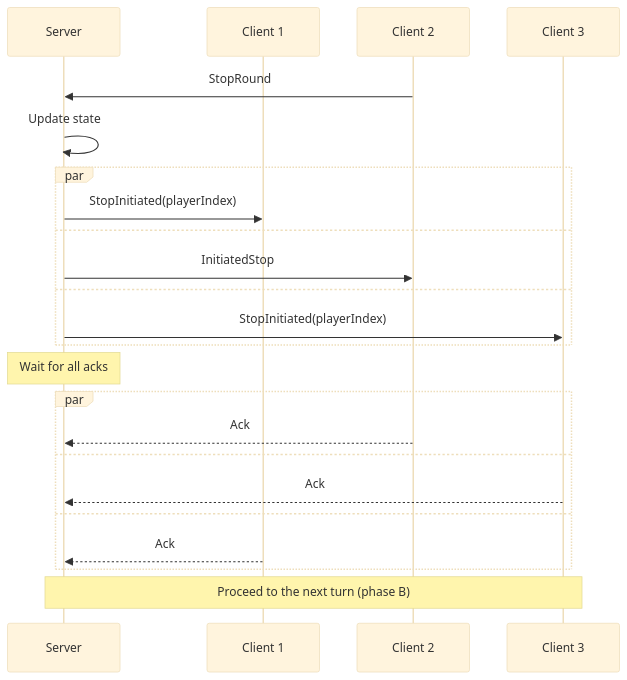
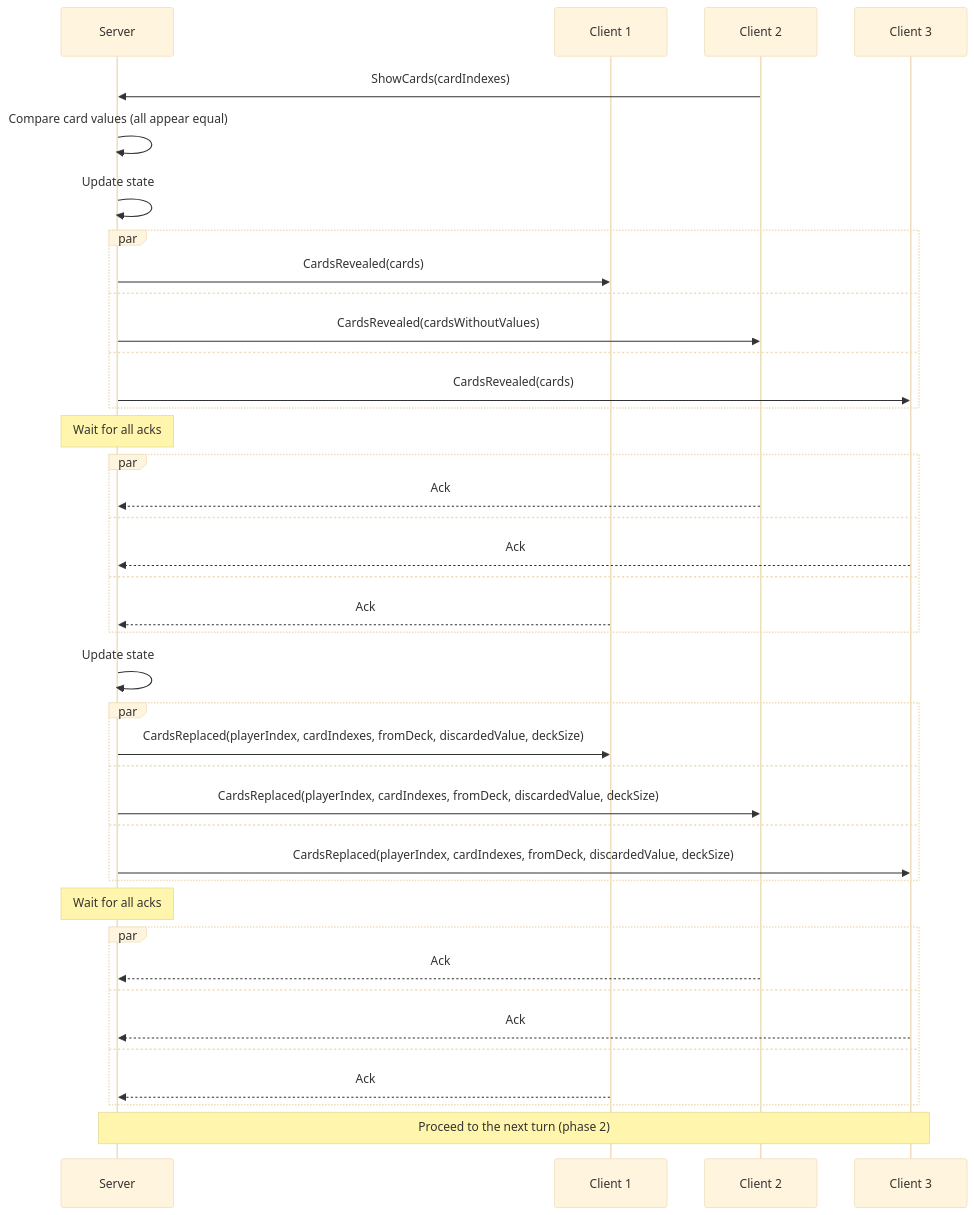
One commit to roman-zubarevich/another changed the eighth of 15 diagrams in README.md. Above: the diagram before and after it, drawn with Mermaid (base theme). The commit also changed other lines of this file, not shown here.

````diff
--- a/README.md
+++ b/README.md
@@ -225,25 +217,42 @@
 ```mermaid
 sequenceDiagram
     participant S as Server
     participant C1 as Client 1
     participant C2 as Client 2
     participant C3 as Client 3
-    C2->>S: StopRound
+    C2->>S: ShowCards(cardIndexes)
+    S->>S: Compare card values (all appear equal)
     S->>S: Update state
     par
-        S->>C1: StopInitiated(playerIndex)
+        S->>C1: CardsRevealed(cards)
     and
-        S->>C2: InitiatedStop
+        S->>C2: CardsRevealed(cardsWithoutValues)
     and
-        S->>C3: StopInitiated(playerIndex)
+        S->>C3: CardsRevealed(cards)
     end
     Note over S: Wait for all acks
     par
         C2-->>S: Ack
     and
         C3-->>S: Ack
     and
         C1-->>S: Ack
     end
-    Note over S,C3: Proceed to the next turn (phase B)
+    S->>S: Update state
+    par
+        S->>C1: CardsReplaced(playerIndex, cardIndexes, fromDeck, discardedValue, deckSize)
+    and
+        S->>C2: CardsReplaced(playerIndex, cardIndexes, fromDeck, discardedValue, deckSize)
+    and
+        S->>C3: CardsReplaced(playerIndex, cardIndexes, fromDeck, discardedValue, deckSize)
+    end
+    Note over S: Wait for all acks
+    par
+        C2-->>S: Ack
+    and
+        C3-->>S: Ack
+    and
+        C1-->>S: Ack
+    end
+    Note over S,C3: Proceed to the next turn (phase 2)
 ```
````
